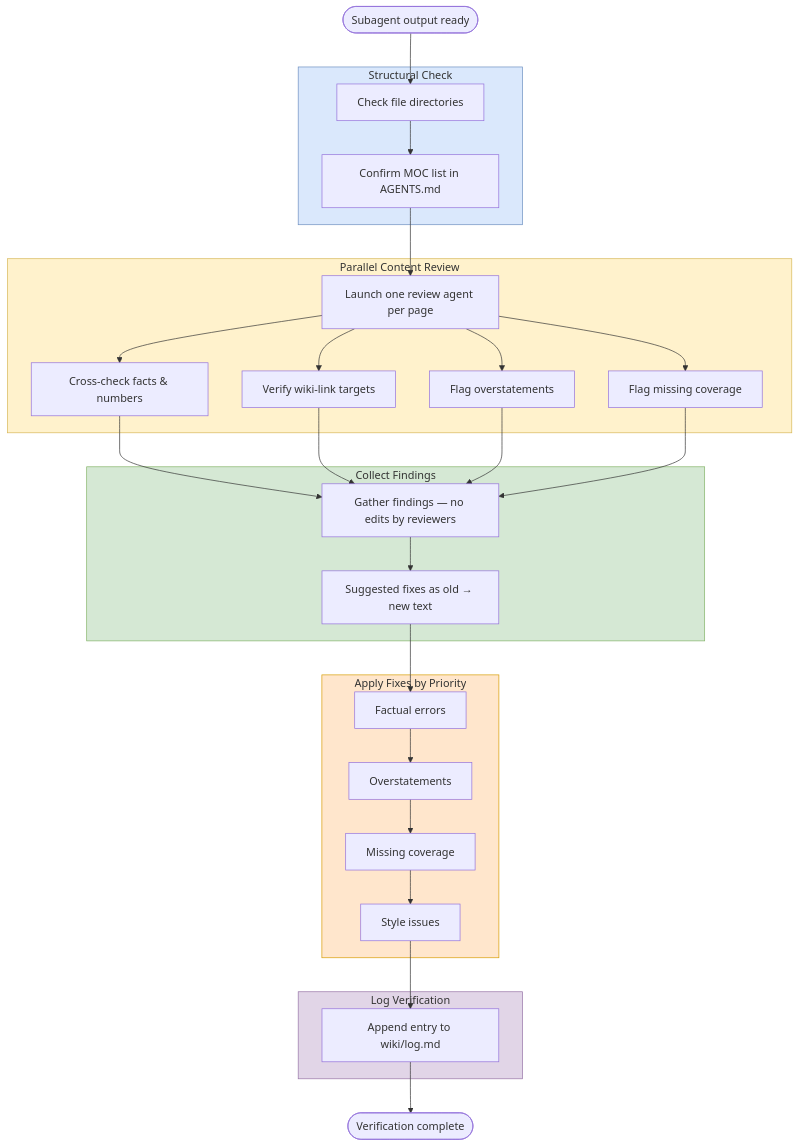
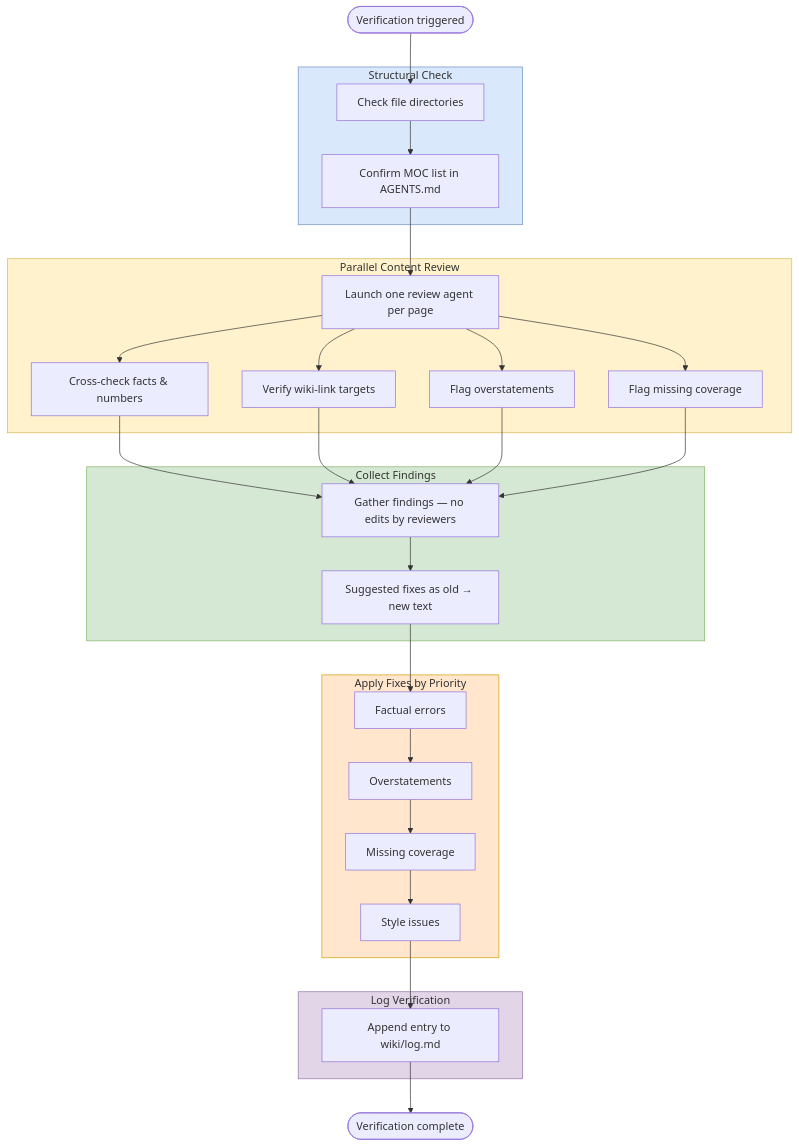
The diagram in workflows/audit/verification.md (CompleteTech-LLC-AI-Research/beyond-the-token-bottleneck), drawn with Mermaid before and after one commit. The commit also changed 25 other files, not shown here.

````diff
--- a/workflows/audit/verification.md
+++ b/workflows/audit/verification.md
@@ -3,49 +3,49 @@
 ```mermaid
 graph TD
-    Start([Subagent output ready]) --> S1
+    Start([Verification triggered]) --> S1
 
     subgraph Structural ["Structural Check"]
         S1[Check file directories]
 S2[Confirm MOC list in AGENTS.md]
         S1 --> S2
     end
     style Structural fill:#dae8fc,stroke:#6c8ebf
 
     S2 --> P
 
     subgraph Parallel ["Parallel Content Review"]
         P[Launch one review agent per page]
         P --> R1[Cross-check facts & numbers]
         P --> R2[Verify wiki-link targets]
         P --> R3[Flag overstatements]
         P --> R4[Flag missing coverage]
     end
     style Parallel fill:#fff2cc,stroke:#d6b656
 
     R1 & R2 & R3 & R4 --> C
 
     subgraph Collect ["Collect Findings"]
         C[Gather findings — no edits by reviewers]
         C --> D[Suggested fixes as old → new text]
     end
     style Collect fill:#d5e8d4,stroke:#82b366
 
     D --> F1
 
     subgraph Fix ["Apply Fixes by Priority"]
         F1[Factual errors]
         F1 --> F2[Overstatements]
         F2 --> F3[Missing coverage]
         F3 --> F4[Style issues]
     end
     style Fix fill:#ffe6cc,stroke:#d79b00
 
     F4 --> L
 
     subgraph Log ["Log Verification"]
         L[Append entry to wiki/log.md]
     end
     style Log fill:#e1d5e7,stroke:#9673a6
 
     L --> Done([Verification complete])
 ```
````
